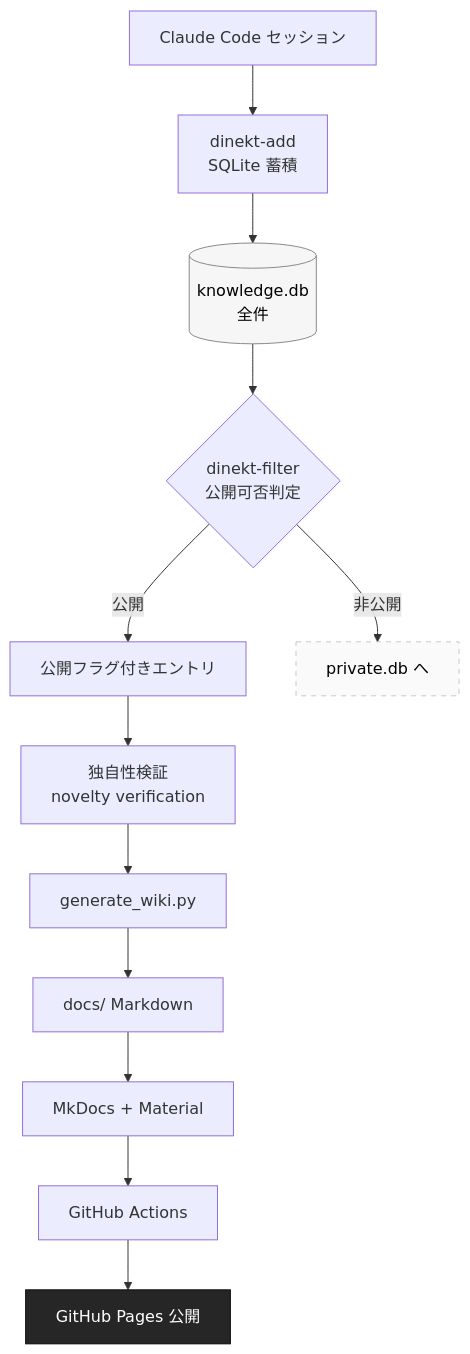
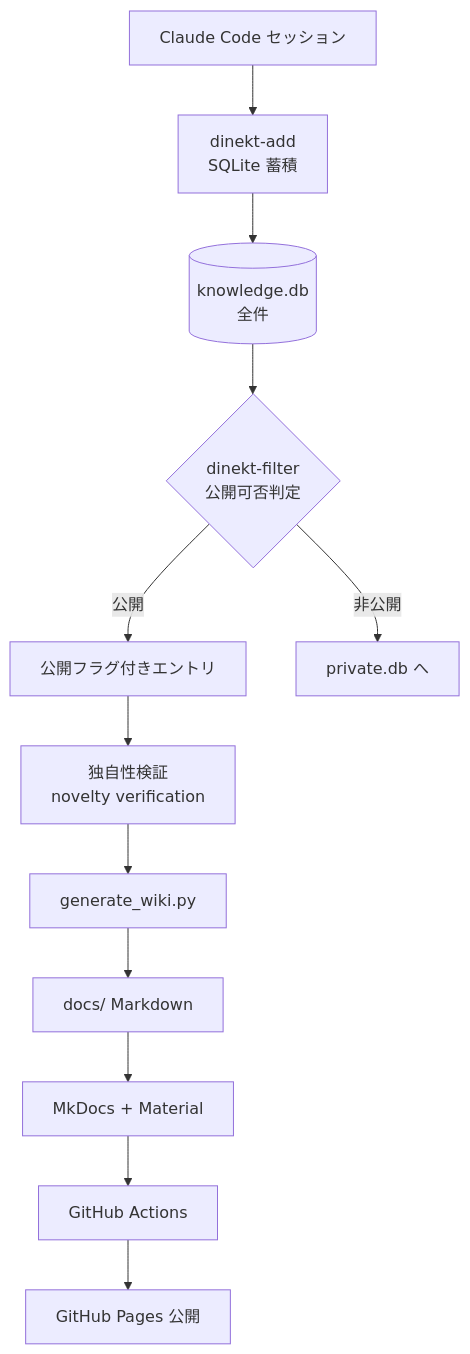
The first of 2 diagrams in docs/tools/ナレッジベースを静的-wiki-として自動公開するパイプライン.md (dinekt/dinekt-wiki), drawn with Mermaid before and after one commit. The commit also changed other lines of this file and 70 other files, not shown here.

First line of the commit message:
fix(mermaid): strip all inline styling, rely on theme

````diff
--- a/docs/tools/ナレッジベースを静的-wiki-として自動公開するパイプライン.md
+++ b/docs/tools/ナレッジベースを静的-wiki-として自動公開するパイプライン.md
@@ -23,18 +23,15 @@
 ```mermaid
 flowchart TD
     A[Claude Code セッション] --> B[dinekt-add<br/>SQLite 蓄積]
     B --> C[(knowledge.db<br/>全件)]
     C --> D{dinekt-filter<br/>公開可否判定}
     D -->|公開| E[公開フラグ付きエントリ]
     D -->|非公開| X[private.db へ]
     E --> F[独自性検証<br/>novelty verification]
     F --> G[generate_wiki.py]
     G --> H[docs/ Markdown]
     H --> I[MkDocs + Material]
     I --> J[GitHub Actions]
     J --> K[GitHub Pages 公開]
 
-    style C fill:#f6f6f6,stroke:#8a8a8a,color:#000
-    style X fill:#fafafa,stroke:#c8c8c8,stroke-dasharray: 5 5,color:#000
-    style K fill:#262626,stroke:#0a0a0a,color:#fff
 ```
````
